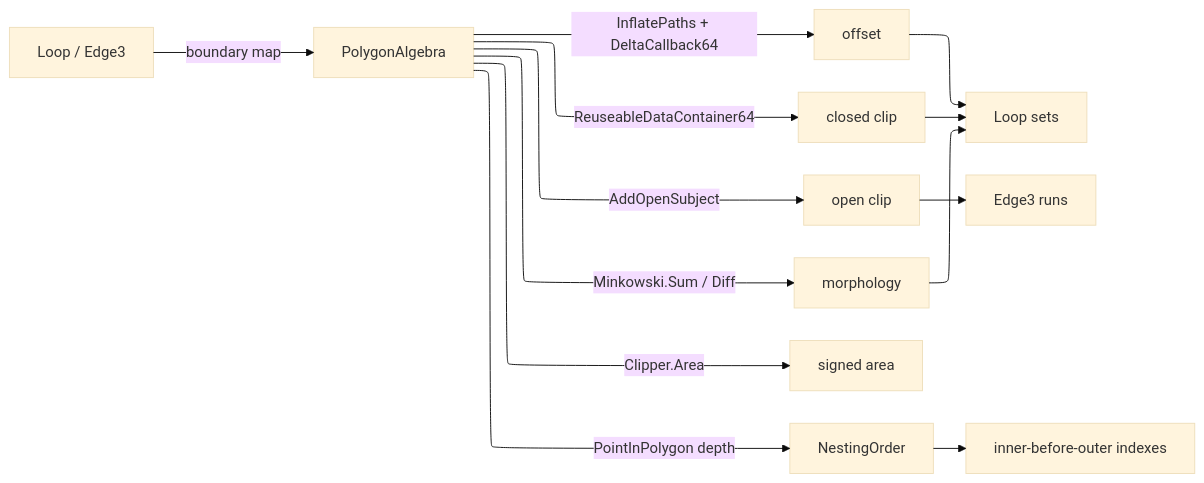
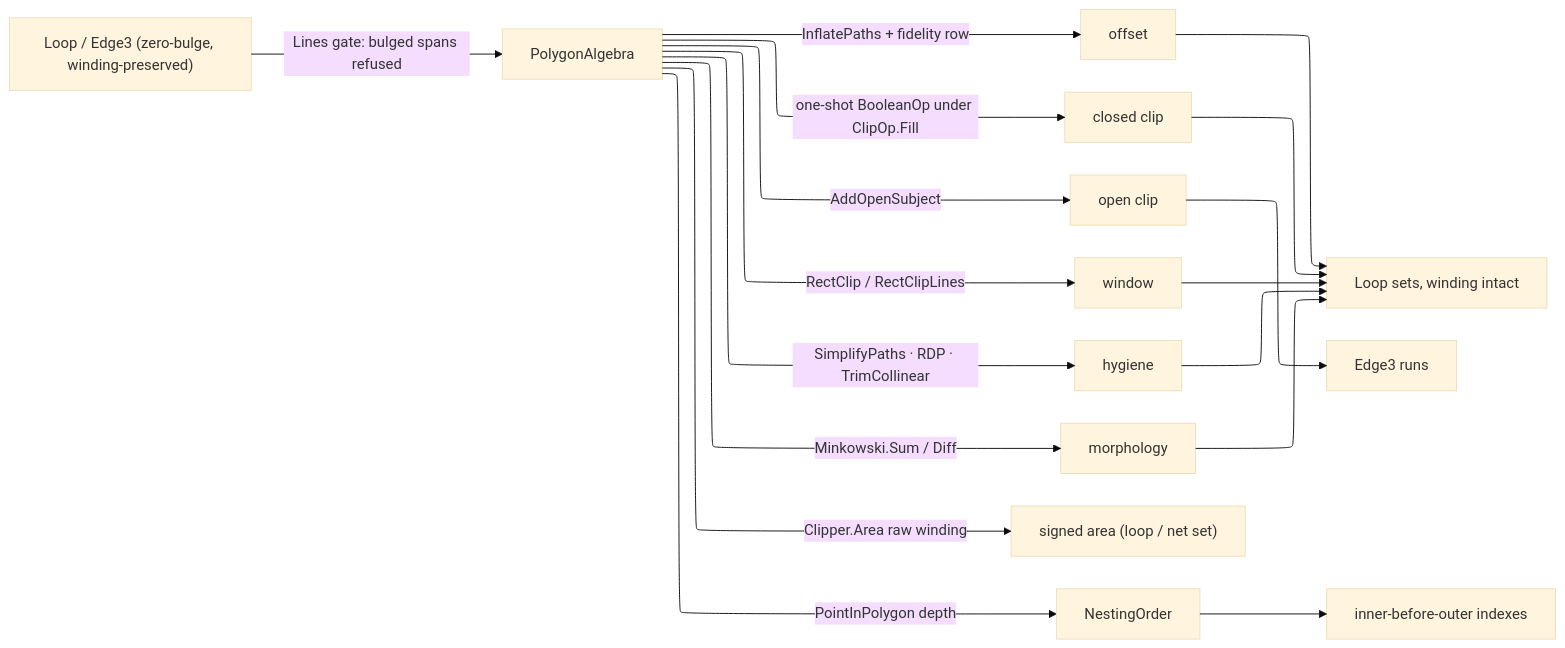
Before and after one commit to bsamiee/Rasm: the diagram in libs/csharp/Rasm.Fabrication/.planning/Geometry2D/algebra.md, drawn with Mermaid. The commit also changed other lines of this file and 79 other files, not shown here.

````diff
--- a/libs/csharp/Rasm.Fabrication/.planning/Geometry2D/algebra.md
+++ b/libs/csharp/Rasm.Fabrication/.planning/Geometry2D/algebra.md
@@ -179,20 +222,24 @@
 ```mermaid
 ---
 config:
   layout: elk
   theme: base
 ---
 flowchart LR
-    Loop["Loop / Edge3"] -->|boundary map| PA["PolygonAlgebra"]
-    PA -->|InflatePaths + DeltaCallback64| Offset["offset"]
-    PA -->|ReuseableDataContainer64| Clip["closed clip"]
+    Loop["Loop / Edge3 (zero-bulge, winding-preserved)"] -->|"Lines gate: bulged spans refused"| PA["PolygonAlgebra"]
+    PA -->|"InflatePaths + fidelity row"| Offset["offset"]
+    PA -->|"one-shot BooleanOp under ClipOp.Fill"| Clip["closed clip"]
     PA -->|AddOpenSubject| Open["open clip"]
+    PA -->|"RectClip / RectClipLines"| Win["window"]
+    PA -->|"SimplifyPaths · RDP · TrimCollinear"| Simp["hygiene"]
     PA -->|Minkowski.Sum / Diff| Morph["morphology"]
-    PA -->|Clipper.Area| Measure["signed area"]
+    PA -->|"Clipper.Area raw winding"| Measure["signed area (loop / net set)"]
     PA -->|PointInPolygon depth| Order["NestingOrder"]
-    Offset --> Out["Loop sets"]
+    Offset --> Out["Loop sets, winding intact"]
     Clip --> Out
+    Win --> Out
+    Simp --> Out
     Morph --> Out
     Open --> EdgeOut["Edge3 runs"]
     Order --> IndexOut["inner-before-outer indexes"]
 ```
````
